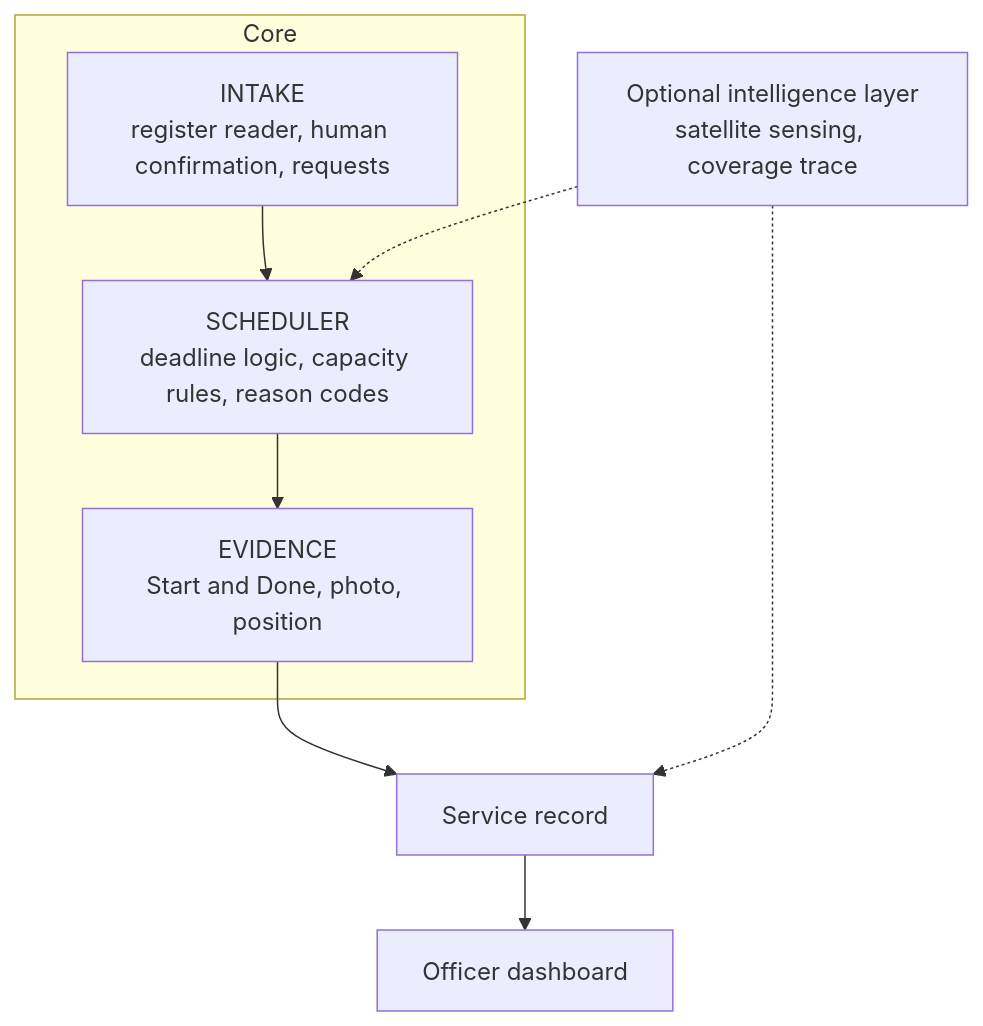
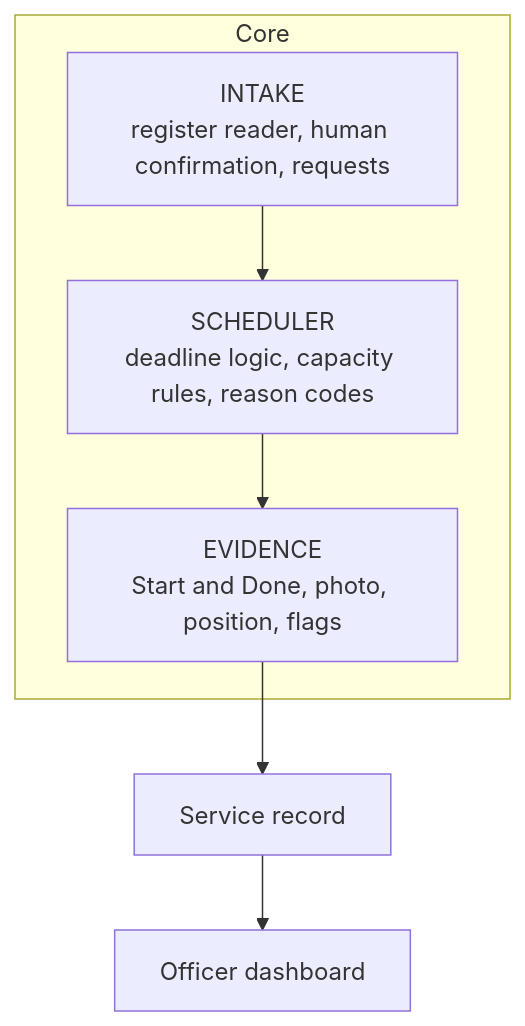
Before and after one commit to Arnav-aka-guy/Zinno4.0-Vaari: the second of 2 diagrams in README.md, drawn with Mermaid. The commit also changed other lines of this file, not shown here.

Commit message:
docs: rewrite README with accurate quick start, layout and status

````diff
--- a/README.md
+++ b/README.md
@@ -106,11 +154,9 @@
 ```mermaid
 flowchart TD
   subgraph Core
     I[INTAKE<br/>register reader, human confirmation, requests]
     S[SCHEDULER<br/>deadline logic, capacity rules, reason codes]
-    E[EVIDENCE<br/>Start and Done, photo, position]
+    E[EVIDENCE<br/>Start and Done, photo, position, flags]
   end
   I --> S --> E --> R[Service record] --> O[Officer dashboard]
-  X[Optional intelligence layer<br/>satellite sensing, coverage trace] -.-> S
-  X -.-> R
 ```
````
